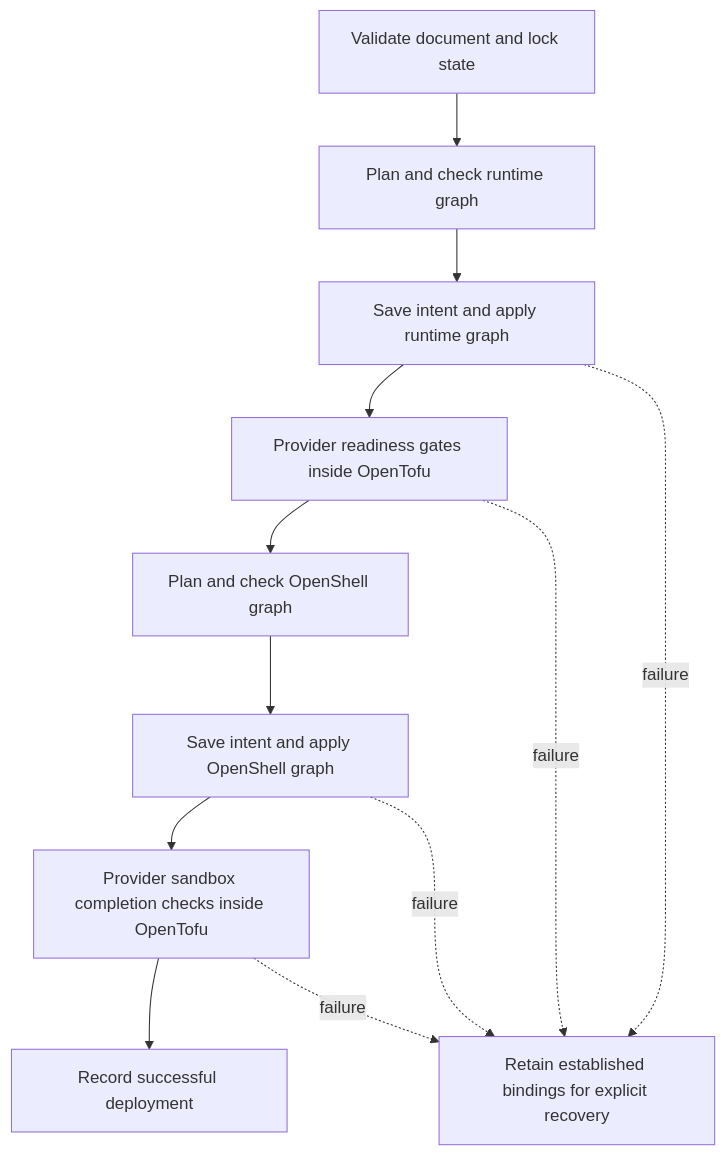
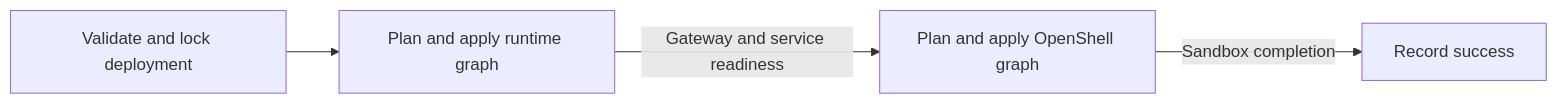
One commit to NVIDIA/NemoClaw changed the diagram in docs/design/architecture.md. Above: the diagram before and after it, drawn with Mermaid. The commit also changed other lines of this file and 1 other file, not shown here.

First line of the commit message:
docs: simplify architecture guide

````diff
--- a/docs/design/architecture.md
+++ b/docs/design/architecture.md
@@ -110,14 +42,6 @@
 ```mermaid
-flowchart TD
-    Input[Validate document and lock state] --> Runtime[Plan and check runtime graph]
-    Runtime --> SaveRuntime[Save intent and apply runtime graph]
-    SaveRuntime --> Wait[Provider readiness gates inside OpenTofu]
-    Wait --> Shell[Plan and check OpenShell graph]
-    Shell --> SaveShell[Save intent and apply OpenShell graph]
-    SaveShell --> Probe[Provider sandbox completion checks inside OpenTofu]
-    Probe --> Done[Record successful deployment]
-    SaveRuntime -. failure .-> Keep[Retain established bindings for explicit recovery]
-    Wait -. failure .-> Keep
-    SaveShell -. failure .-> Keep
-    Probe -. failure .-> Keep
+flowchart LR
+    Validate[Validate and lock deployment] --> Runtime[Plan and apply runtime graph]
+    Runtime -->|Gateway and service readiness| Shell[Plan and apply OpenShell graph]
+    Shell -->|Sandbox completion| Done[Record success]
 ```
````
